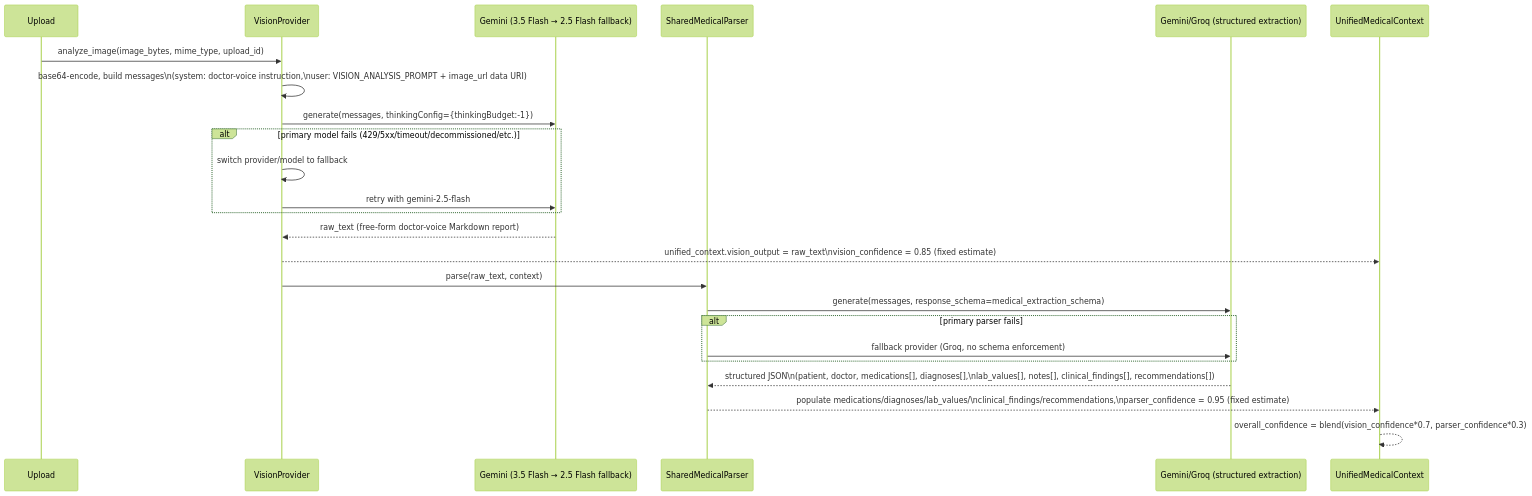
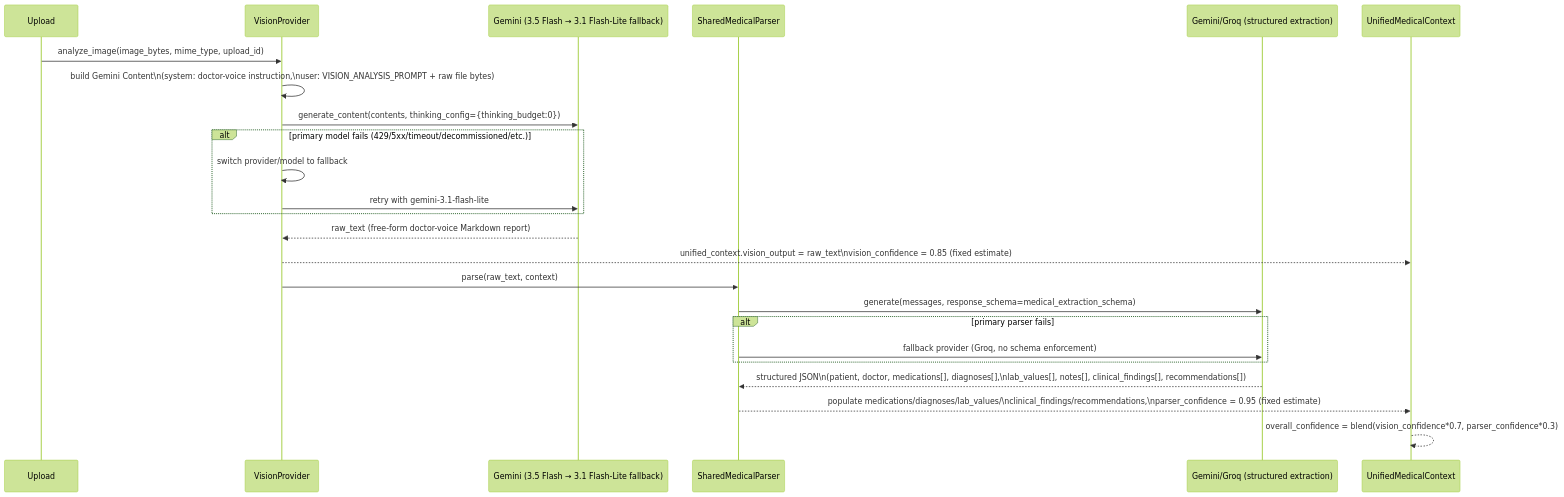
The ninth of 9 diagrams in MedCortex_Documentation.md (AliySoliman/MedCortex2.0), drawn with Mermaid (forest theme) before and after one commit. The commit also changed other lines of this file and 22 other files, not shown here.

````diff
--- a/MedCortex_Documentation.md
+++ b/MedCortex_Documentation.md
@@ -433,29 +433,29 @@
 ```mermaid
 sequenceDiagram
     participant U as Upload
     participant VP as VisionProvider
-    participant Gemini as Gemini (3.5 Flash → 2.5 Flash fallback)
+    participant Gemini as Gemini (3.5 Flash → 3.1 Flash-Lite fallback)
     participant SMP as SharedMedicalParser
     participant Gemini2 as Gemini/Groq (structured extraction)
     participant Ctx as UnifiedMedicalContext
 
     U->>VP: analyze_image(image_bytes, mime_type, upload_id)
-    VP->>VP: base64-encode, build messages\n(system: doctor-voice instruction,\nuser: VISION_ANALYSIS_PROMPT + image_url data URI)
-    VP->>Gemini: generate(messages, thinkingConfig={thinkingBudget:-1})
+        VP->>VP: build Gemini Content\n(system: doctor-voice instruction,\nuser: VISION_ANALYSIS_PROMPT + raw file bytes)
+    VP->>Gemini: generate_content(contents, thinking_config={thinking_budget:0})
     alt primary model fails (429/5xx/timeout/decommissioned/etc.)
         VP->>VP: switch provider/model to fallback
-        VP->>Gemini: retry with gemini-2.5-flash
+        VP->>Gemini: retry with gemini-3.1-flash-lite
     end
     Gemini-->>VP: raw_text (free-form doctor-voice Markdown report)
     VP-->>Ctx: unified_context.vision_output = raw_text\nvision_confidence = 0.85 (fixed estimate)
 
     VP->>SMP: parse(raw_text, context)
     SMP->>Gemini2: generate(messages, response_schema=medical_extraction_schema)
     alt primary parser fails
         SMP->>Gemini2: fallback provider (Groq, no schema enforcement)
     end
     Gemini2-->>SMP: structured JSON\n(patient, doctor, medications[], diagnoses[],\nlab_values[], notes[], clinical_findings[], recommendations[])
     SMP-->>Ctx: populate medications/diagnoses/lab_values/\nclinical_findings/recommendations,\nparser_confidence = 0.95 (fixed estimate)
 
     Ctx-->>Ctx: overall_confidence = blend(vision_confidence*0.7, parser_confidence*0.3)
 ```
````
